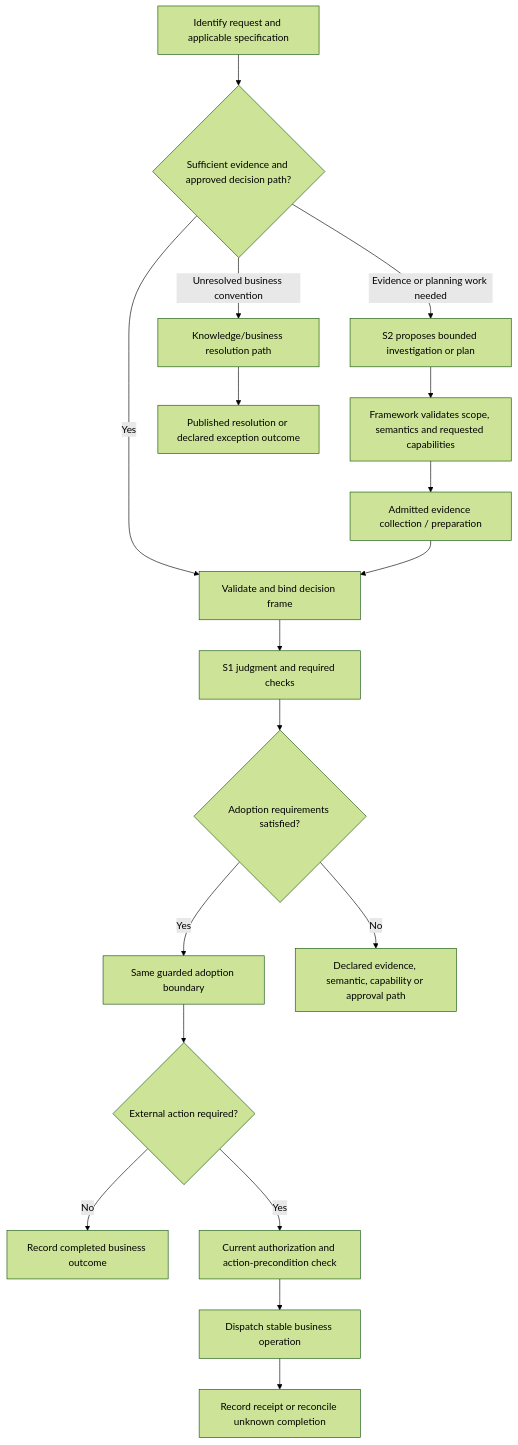
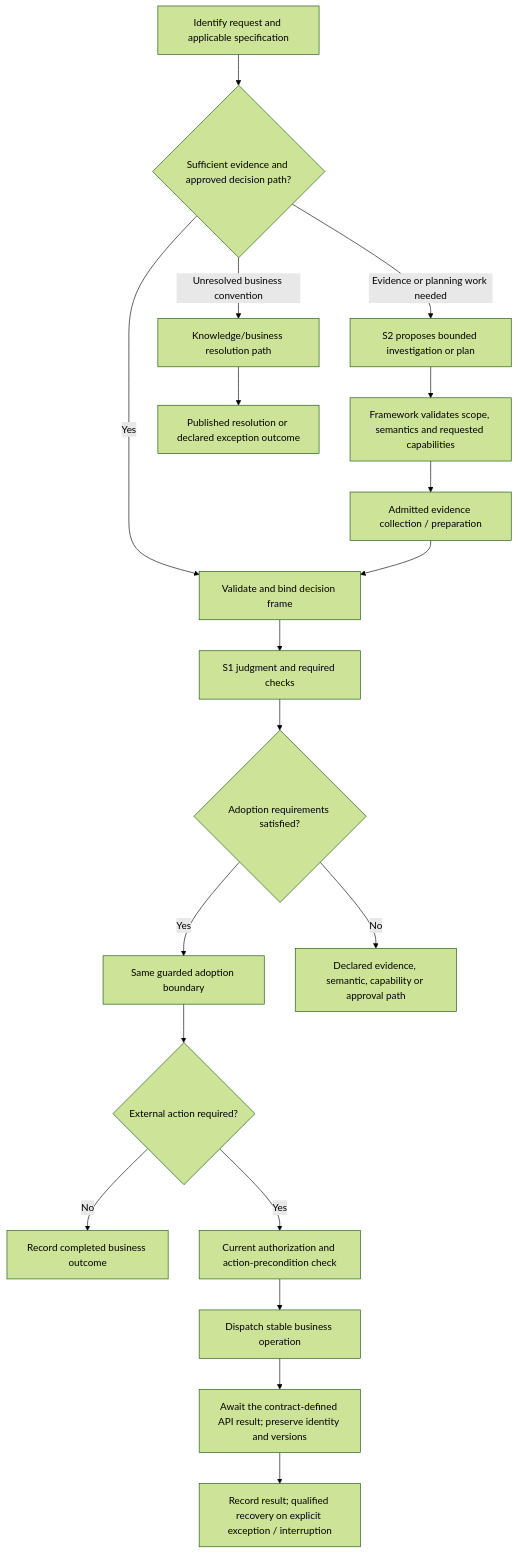
One commit to chaosxingxc-orion/nga changed the second of 6 diagrams in achitecture design/09-nga-architecture-diagrams.md. Above: the diagram before and after it, drawn with Mermaid (forest theme). The commit also changed other lines of this file and 5 other files, not shown here.

````diff
--- a/achitecture design/09-nga-architecture-diagrams.md
+++ b/achitecture design/09-nga-architecture-diagrams.md
@@ -57,21 +61,22 @@
 ```mermaid
 flowchart TD
     I["Identify request and applicable specification"] --> Q{"Sufficient evidence and approved decision path?"}
     Q -->|"Yes"| B["Validate and bind decision frame"]
     Q -->|"Evidence or planning work needed"| R["S2 proposes bounded investigation or plan"]
     R --> V["Framework validates scope, semantics and requested capabilities"]
     V --> E["Admitted evidence collection / preparation"]
     E --> B
     Q -->|"Unresolved business convention"| K["Knowledge/business resolution path"]
     K --> N["Published resolution or declared exception outcome"]
 
     B --> S["S1 judgment and required checks"]
     S --> V2{"Adoption requirements satisfied?"}
     V2 -->|"Yes"| A["Same guarded adoption boundary"]
     V2 -->|"No"| X["Declared evidence, semantic, capability or approval path"]
     A --> O{"External action required?"}
     O -->|"No"| C["Record completed business outcome"]
     O -->|"Yes"| D["Current authorization and action-precondition check"]
     D --> T["Dispatch stable business operation"]
-    T --> H["Record receipt or reconcile unknown completion"]
+    T --> W["Await the contract-defined API result; preserve identity and versions"]
+    W --> H["Record result; qualified recovery on explicit exception / interruption"]
 ```
````
